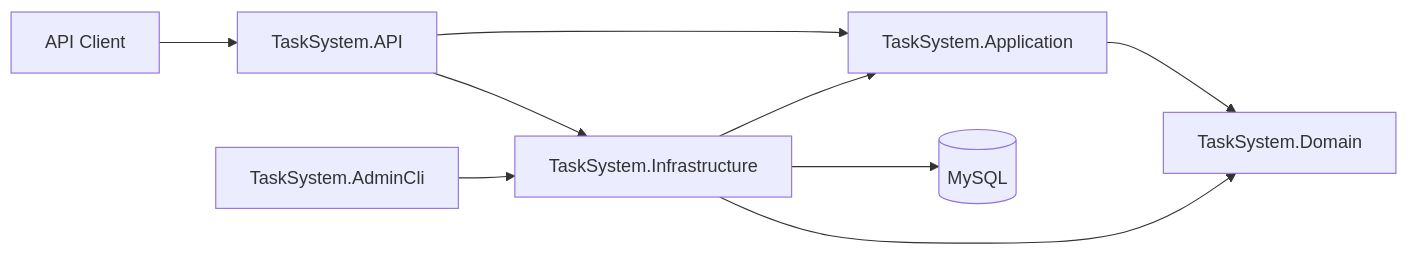
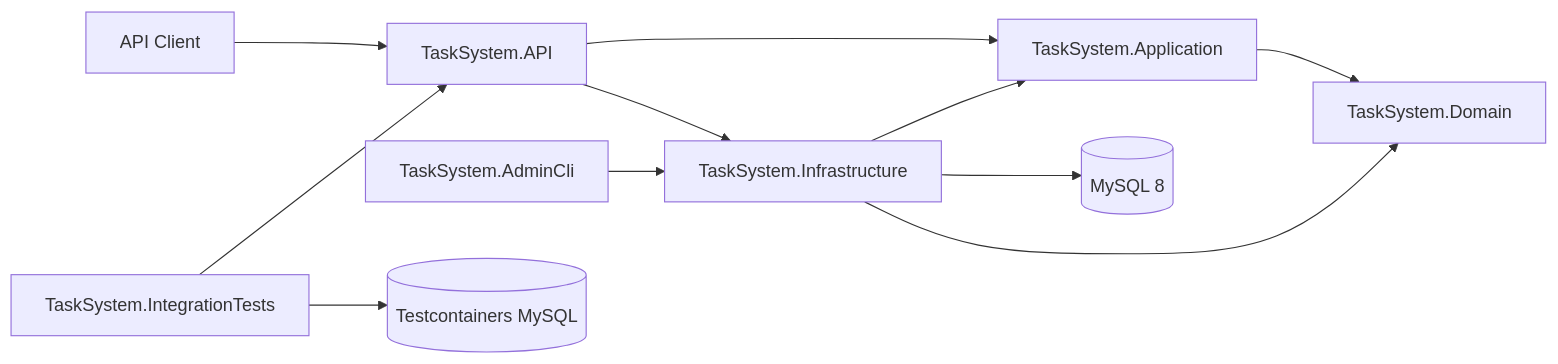
The diagram in README.md (AurimasG1/TaskSystem), drawn with Mermaid before and after one commit. The commit also changed other lines of this file, not shown here.

Commit message:
Update README with integration tests and CI

````diff
--- a/README.md
+++ b/README.md
@@ -42,11 +51,18 @@
 ```mermaid
 flowchart LR
     Client[API Client] --> API[TaskSystem.API]
+
     API --> Application[TaskSystem.Application]
     API --> Infrastructure[TaskSystem.Infrastructure]
+
     Application --> Domain[TaskSystem.Domain]
+
     Infrastructure --> Application
     Infrastructure --> Domain
-    Infrastructure --> MySQL[(MySQL)]
+    Infrastructure --> MySQL[(MySQL 8)]
+
     AdminCLI[TaskSystem.AdminCli] --> Infrastructure
+
+    IntegrationTests[TaskSystem.IntegrationTests] --> API
+    IntegrationTests --> TestMySQL[(Testcontainers MySQL)]
 ```
````
